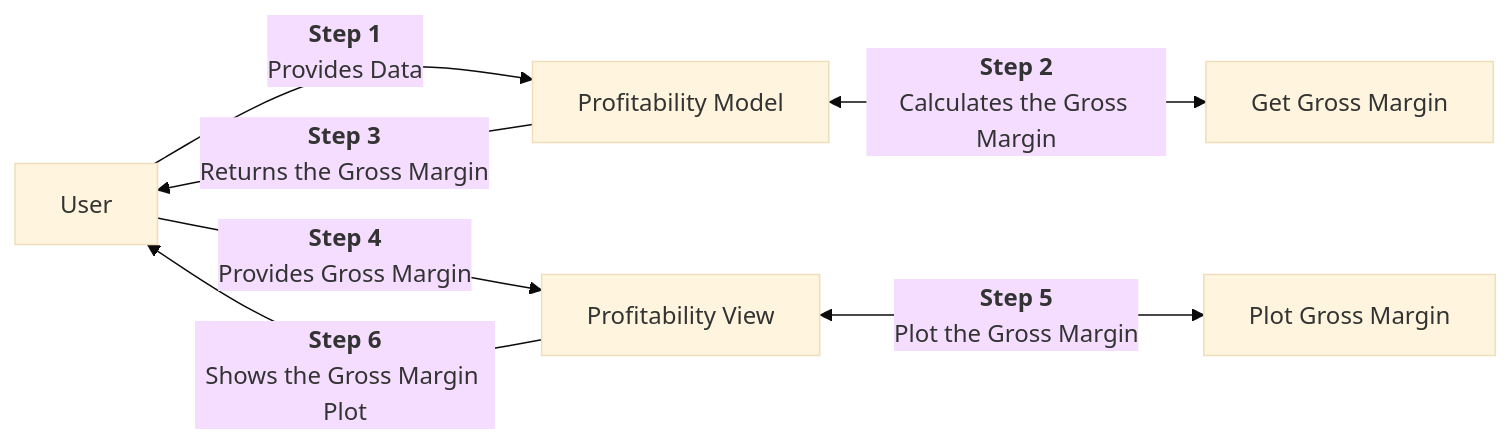
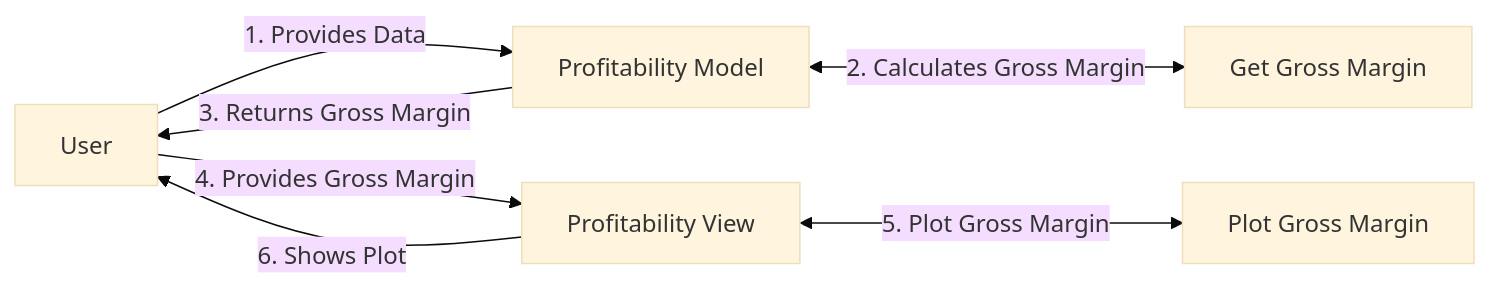
One commit to JerBouma/jerbouma.github.io changed the fifth of 9 diagrams in _pages/coding/structuring-your-model.md. Above: the diagram before and after it, drawn with Mermaid (base theme). The commit also changed other lines of this file and 83 other files, not shown here.

```diff
--- a/_pages/coding/structuring-your-model.md
+++ b/_pages/coding/structuring-your-model.md
@@ -95,10 +95,10 @@
 <div class="mermaid">
 flowchart LR;
 
-Step0["User"] -- <b>Step 1<br></b>Provides Data -->  Step2["Profitability Model"]
-Step2["Profitability Model"] <-- <b>Step 2<br></b>Calculates the Gross Margin -->  Step3["Get Gross Margin"]
-Step2["Profitability Model"]  --<b>Step 3<br></b> Returns the Gross Margin --> Step0["User"]
-Step0["User"] -- <b>Step 4<br></b>Provides Gross Margin -->  Step4["Profitability View"]
-Step4["Profitability View"] <-- <b>Step 5<br></b>Plot the Gross Margin -->  Step5["Plot Gross Margin"]
-Step4["Profitability View"] -- <b>Step 6<br></b>Shows the Gross Margin Plot --> Step0["User"]
+Step0["User"] -- "1. Provides Data" -->  Step2["Profitability Model"]
+Step2["Profitability Model"] <-- "2. Calculates Gross Margin" -->  Step3["Get Gross Margin"]
+Step2["Profitability Model"]  -- "3. Returns Gross Margin" --> Step0["User"]
+Step0["User"] -- "4. Provides Gross Margin" -->  Step4["Profitability View"]
+Step4["Profitability View"] <-- "5. Plot Gross Margin" -->  Step5["Plot Gross Margin"]
+Step4["Profitability View"] -- "6. Shows Plot" --> Step0["User"]
 </div>
```
